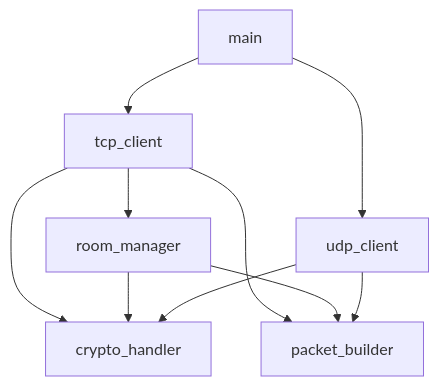
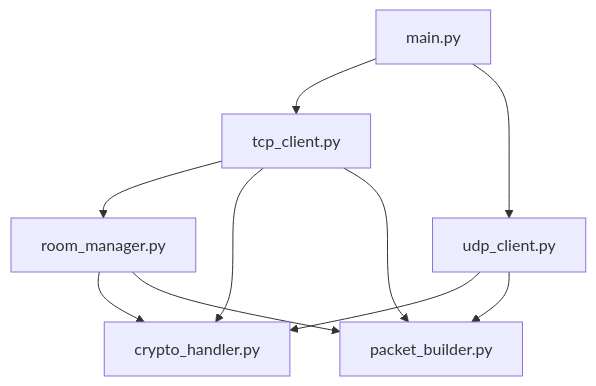
Before and after one commit to BackendExplorer/Online-Chat-Service: the first of 5 diagrams in README.md, drawn with Mermaid.

````diff
--- a/README.md
+++ b/README.md
@@ -1,16 +1,24 @@
 ```mermaid
 graph TD
-  main --> tcp_client
-  main --> udp_client
 
-  tcp_client --> crypto_handler
-  tcp_client --> packet_builder
-  tcp_client --> room_manager
+  main[main.py]
+  tcp[tcp_client.py]
+  udp[udp_client.py]
+  room[room_manager.py]
+  crypto[crypto_handler.py]
+  packet[packet_builder.py]
 
-  room_manager --> packet_builder
-  room_manager --> crypto_handler
+  main --> tcp
+  main --> udp
 
-  udp_client --> crypto_handler
-  udp_client --> packet_builder
+  tcp --> room
+  tcp --> crypto
+  tcp --> packet
+
+  udp --> crypto
+  udp --> packet
+
+  room --> crypto
+  room --> packet
 
 ```
````
